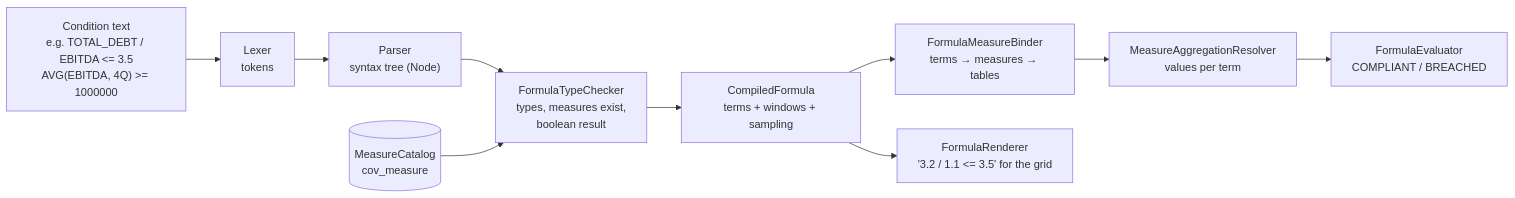
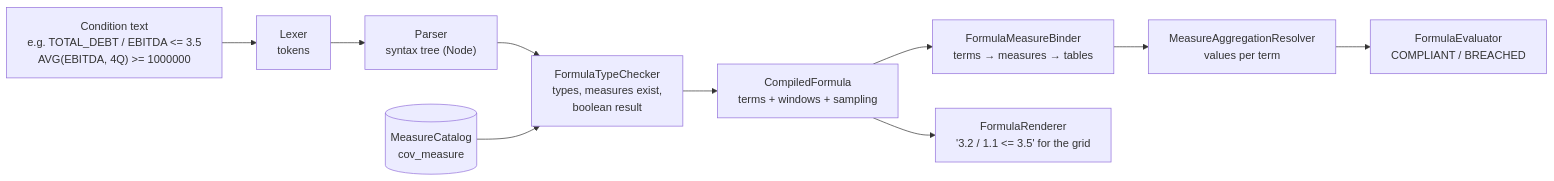
One commit to Vishwas2311/loan-covenant-platform changed the fourth of 5 diagrams in docs/architecture/covenant-monitoring.md. Above: the diagram before and after it, drawn with Mermaid. The commit also changed other lines of this file and 3 other files, not shown here.

First line of the commit message:
Architecture diagrams: readable layouts and full titles

````diff
--- a/docs/architecture/covenant-monitoring.md
+++ b/docs/architecture/covenant-monitoring.md
@@ -160,12 +162,13 @@
 ```mermaid
+%%{init: {"flowchart": {"wrappingWidth": 420}}}%%
 flowchart LR
     src["Condition text<br/>e.g. TOTAL_DEBT / EBITDA <= 3.5<br/>AVG(EBITDA, 4Q) >= 1000000"] --> lex["Lexer<br/>tokens"]
     lex --> par["Parser<br/>syntax tree (Node)"]
     par --> tc["FormulaTypeChecker<br/>types, measures exist,<br/>boolean result"]
     tc --> cf["CompiledFormula<br/>terms + windows + sampling"]
     cf --> bind["FormulaMeasureBinder<br/>terms → measures → tables"]
     bind --> res["MeasureAggregationResolver<br/>values per term"]
     res --> ev["FormulaEvaluator<br/>COMPLIANT / BREACHED"]
     cf --> rnd["FormulaRenderer<br/>'3.2 / 1.1 <= 3.5' for the grid"]
     cat[("MeasureCatalog<br/>cov_measure")] --> tc
 ```
````
